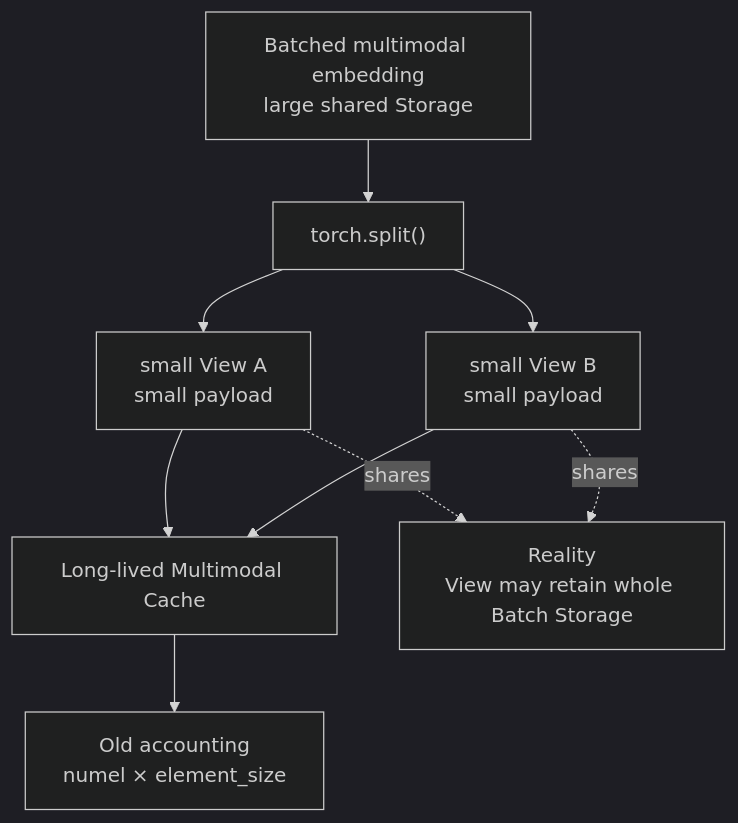
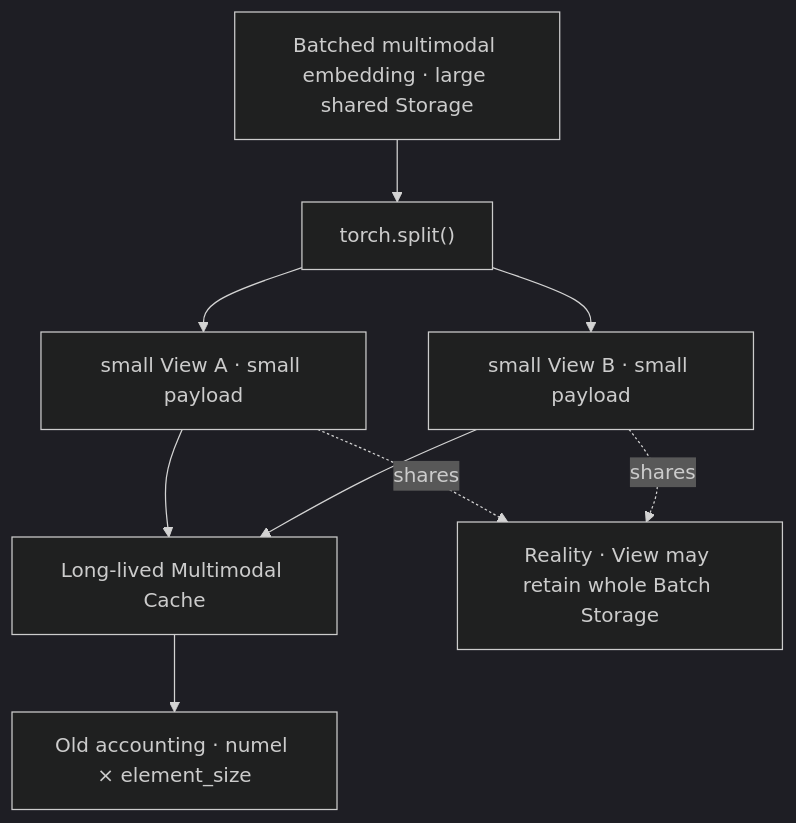
One commit to AkiYangDev/llm-inference-notes changed the first of 2 diagrams in docs/pr-reviews/sglang-pr-39120-tensor-view-storage-cache.md. Above: the diagram before and after it, drawn with Mermaid (dark theme). The commit also changed other lines of this file and 44 other files, not shown here.

````diff
--- a/docs/pr-reviews/sglang-pr-39120-tensor-view-storage-cache.md
+++ b/docs/pr-reviews/sglang-pr-39120-tensor-view-storage-cache.md
@@ -230,19 +174,19 @@
 ```mermaid
 flowchart TD
-    B["Batched multimodal embedding<br/>large shared Storage"]
+    B["Batched multimodal embedding · large shared Storage"]
     S["torch.split()"]
-    V1["small View A<br/>small payload"]
-    V2["small View B<br/>small payload"]
+    V1["small View A · small payload"]
+    V2["small View B · small payload"]
     C["Long-lived Multimodal Cache"]
-    A["Old accounting<br/>numel × element_size"]
-    R["Reality<br/>View may retain whole Batch Storage"]
+    A["Old accounting · numel × element_size"]
+    R["Reality · View may retain whole Batch Storage"]
 
     B --> S
     S --> V1
     S --> V2
     V1 --> C
     V2 --> C
     C --> A
     V1 -. shares .-> R
     V2 -. shares .-> R
 ```
````
